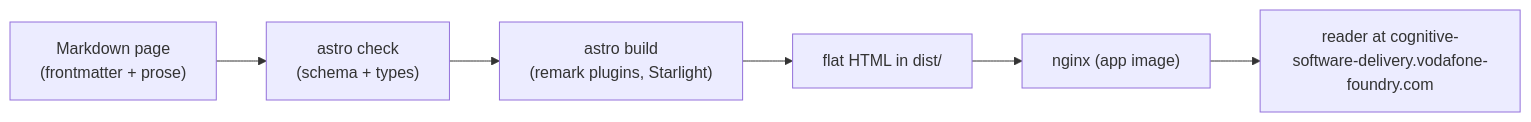
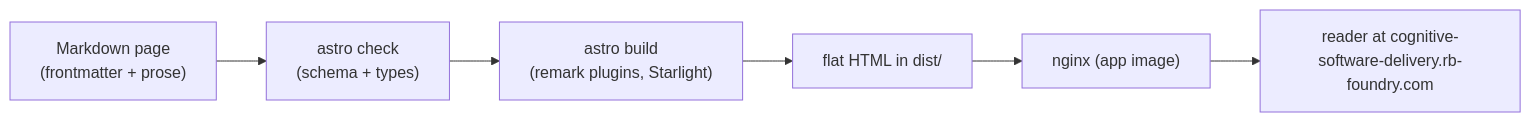
Before and after one commit to foundryRB/rb-csd: the diagram in docs/src/content/docs/architecture/components.md, drawn with Mermaid. The commit also changed other lines of this file and 29 other files, not shown here.

First line of the commit message:
refactor: rebrand the cognitive software delivery site to RB

````diff
--- a/docs/src/content/docs/architecture/components.md
+++ b/docs/src/content/docs/architecture/components.md
@@ -29,8 +29,8 @@
 ```mermaid
 flowchart LR
     md["Markdown page<br/>(frontmatter + prose)"] --> check["astro check<br/>(schema + types)"]
     check --> astro["astro build<br/>(remark plugins, Starlight)"]
     astro --> dist["flat HTML in dist/"]
     dist --> nginx["nginx (app image)"]
-    nginx --> reader["reader at cognitive-software-delivery.vodafone-foundry.com"]
+    nginx --> reader["reader at cognitive-software-delivery.rb-foundry.com"]
 ```
````
